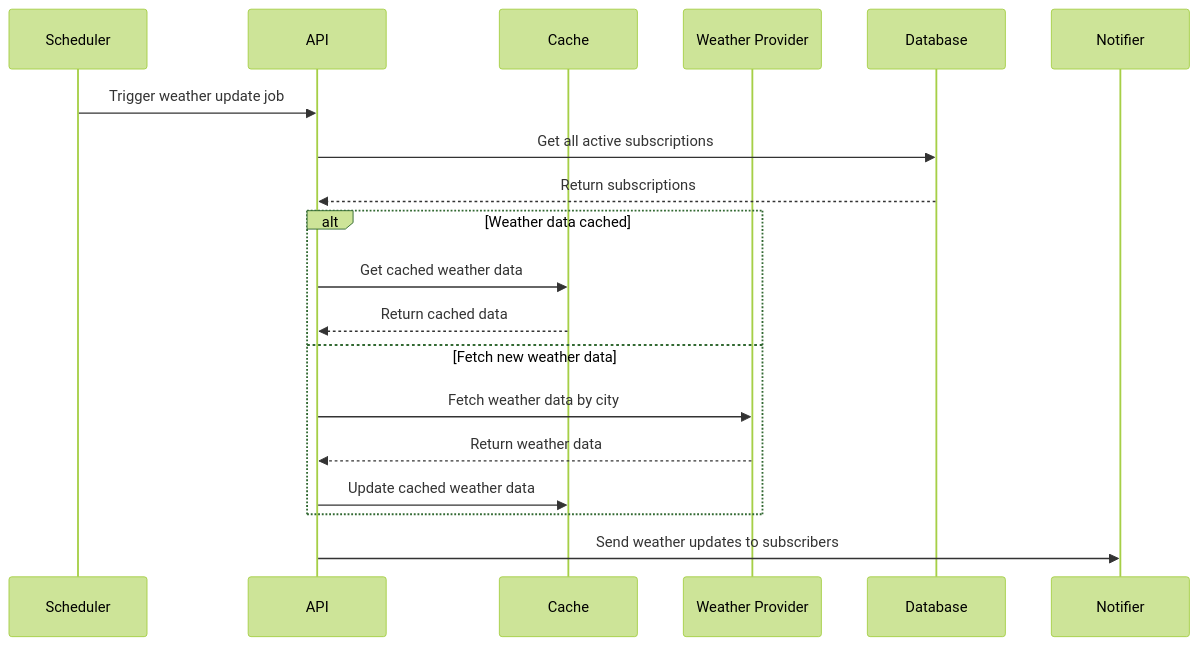
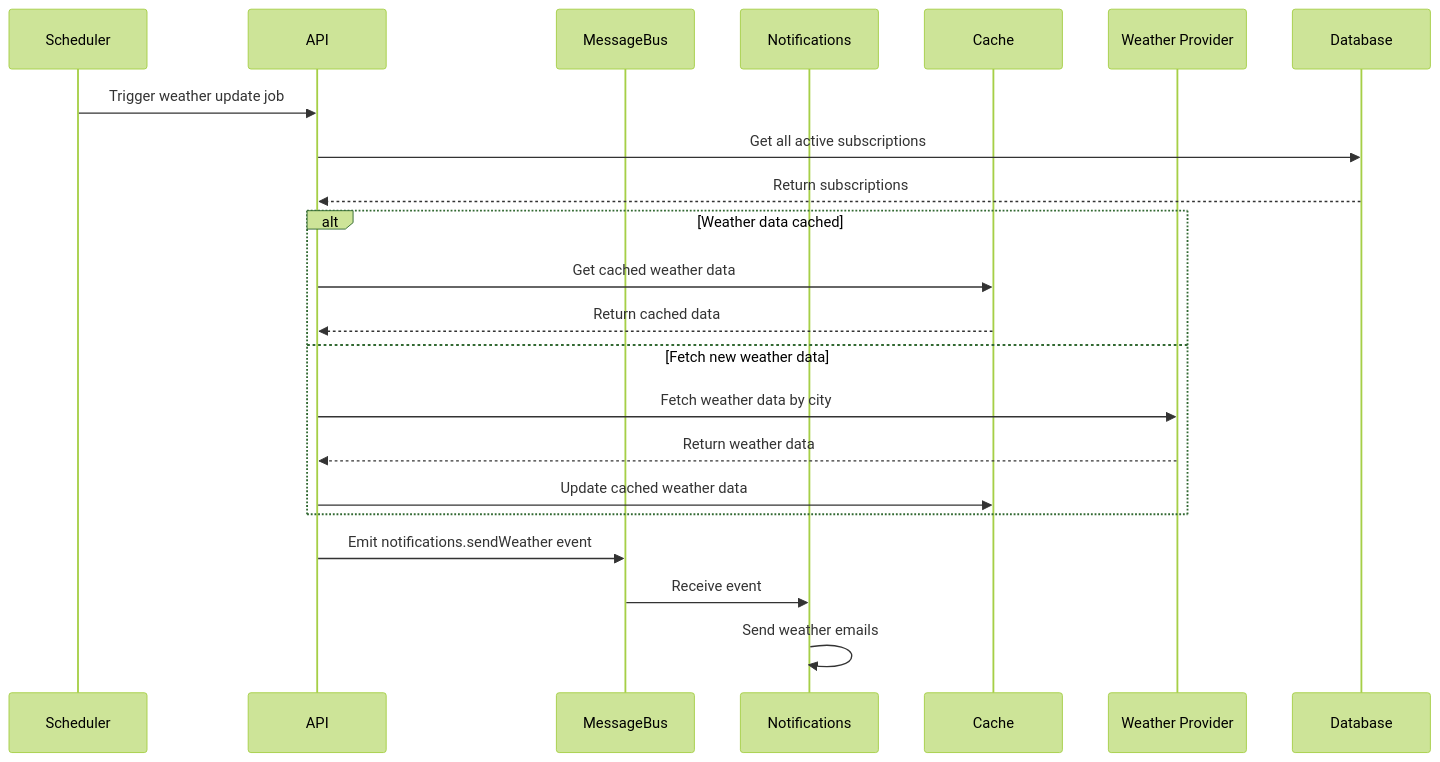
The fifth of 5 diagrams in docs/system-design/weather-app.md (GenesisEducationKyiv/software-engineering-school-5-0-Pasha-Makarenko), drawn with Mermaid (forest theme) before and after one commit. The commit also changed other lines of this file and 1 other file, not shown here.

````diff
--- a/docs/system-design/weather-app.md
+++ b/docs/system-design/weather-app.md
@@ -194,21 +207,24 @@
 ```mermaid
 sequenceDiagram
     participant Scheduler
     participant API
+    participant MessageBus
+    participant Notifications
     participant Cache
     participant Weather Provider
     participant Database
-    participant Notifier
     Scheduler ->> API: Trigger weather update job
     API ->> Database: Get all active subscriptions
     Database -->> API: Return subscriptions
     alt Weather data cached
         API ->> Cache: Get cached weather data
         Cache -->> API: Return cached data
     else Fetch new weather data
         API ->> Weather Provider: Fetch weather data by city
         Weather Provider -->> API: Return weather data
         API ->> Cache: Update cached weather data
     end
-    API ->> Notifier: Send weather updates to subscribers
+    API ->> MessageBus: Emit notifications.sendWeather event
+    MessageBus ->> Notifications: Receive event
+    Notifications ->> Notifications: Send weather emails
 ```
````
